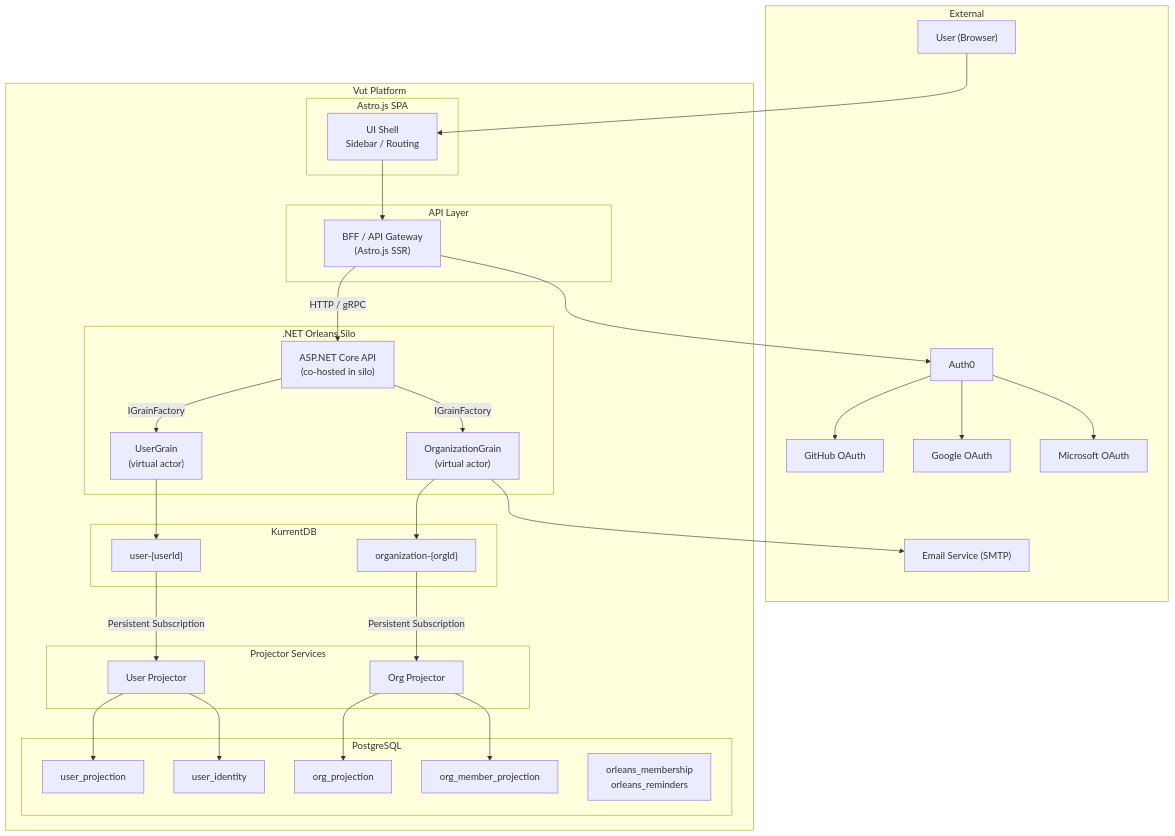
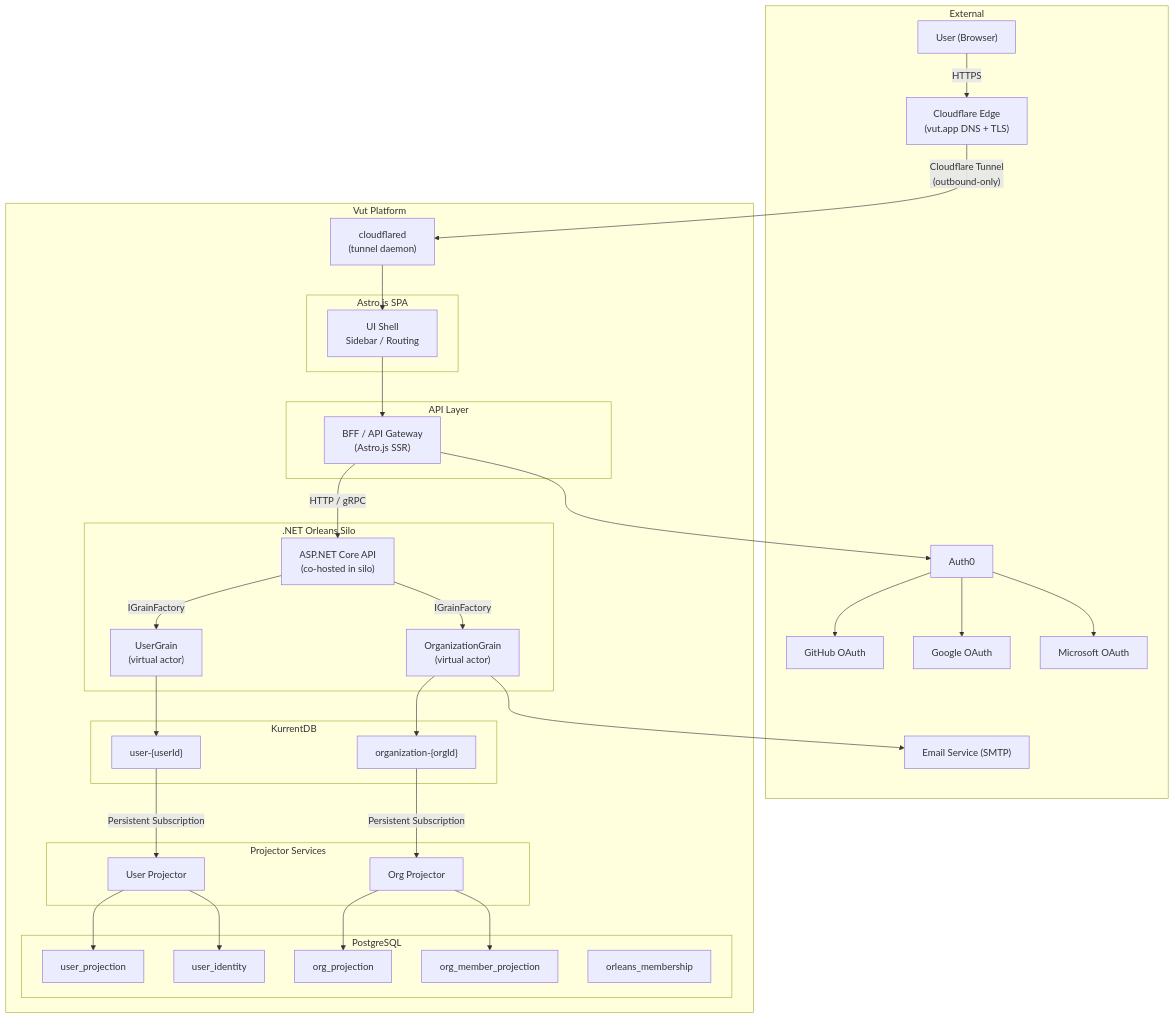
One commit to lekhasy/Vut changed the first of 23 diagrams in epics/01-epic-first-signin-org/architecture/architecture.md. Above: the diagram before and after it, drawn with Mermaid. The commit also changed other lines of this file and 94 other files, not shown here.

````diff
--- a/epics/01-epic-first-signin-org/architecture/architecture.md
+++ b/epics/01-epic-first-signin-org/architecture/architecture.md
@@ -11,64 +13,69 @@
 ```mermaid
 graph TB
     subgraph External
         User["User (Browser)"]
         GH["GitHub OAuth"]
         Google["Google OAuth"]
         MS["Microsoft OAuth"]
         Auth0["Auth0"]
         SMTP["Email Service (SMTP)"]
+        CF["Cloudflare Edge<br/>(vut.app DNS + TLS)"]
     end
 
     subgraph Vut Platform
         subgraph Frontend["Astro.js SPA"]
             UI["UI Shell<br/>Sidebar / Routing"]
         end
 
         subgraph API["API Layer"]
             BFF["BFF / API Gateway<br/>(Astro.js SSR)"]
         end
 
         subgraph Backend[".NET Orleans Silo"]
             UA["UserGrain<br/>(virtual actor)"]
             OA["OrganizationGrain<br/>(virtual actor)"]
             APIEP["ASP.NET Core API<br/>(co-hosted in silo)"]
         end
 
         subgraph EventStore["KurrentDB"]
             US["user-{userId}"]
             OS["organization-{orgId}"]
         end
 
         subgraph ReadModel["PostgreSQL"]
             UP["user_projection"]
             UI2["user_identity"]
             OP["org_projection"]
             OMP["org_member_projection"]
-            CLU["orleans_membership<br/>orleans_reminders"]
+            OM["orleans_membership"]
         end
 
         subgraph Projectors["Projector Services"]
             PU["User Projector"]
             PO["Org Projector"]
         end
+
+        CFD["cloudflared<br/>(tunnel daemon)"]
     end
 
-    User --> UI
+    User -->|HTTPS| CF
+    CF -->|"Cloudflare Tunnel<br/>(outbound-only)"| CFD
+    CFD --> UI
     UI --> BFF
     BFF --> Auth0
     Auth0 --> GH
     Auth0 --> Google
     Auth0 --> MS
     BFF -->|HTTP / gRPC| APIEP
     APIEP -->|IGrainFactory| UA
     APIEP -->|IGrainFactory| OA
     UA --> US
     OA --> OS
     US -->|Persistent Subscription| PU
     OS -->|Persistent Subscription| PO
     PU --> UP
     PU --> UI2
     PO --> OP
     PO --> OMP
     OA --> SMTP
 ```
````
